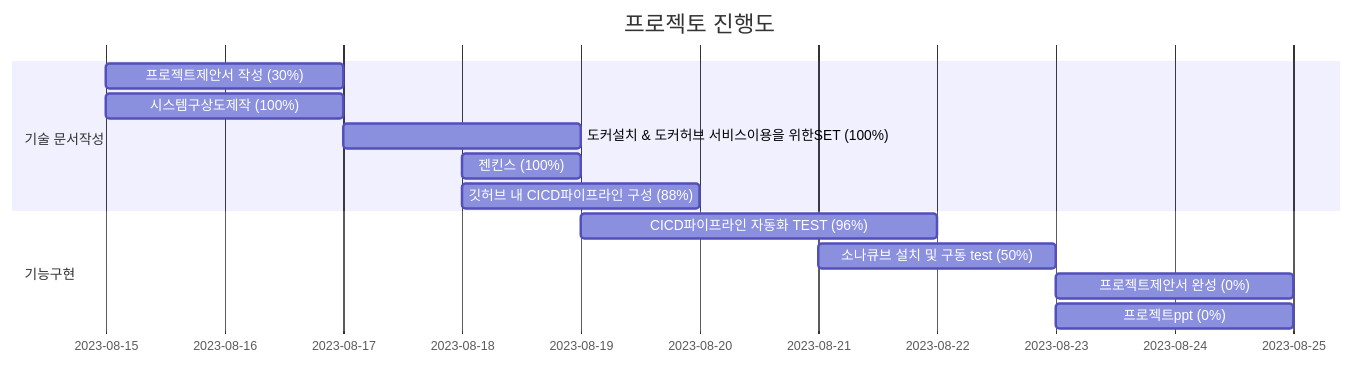
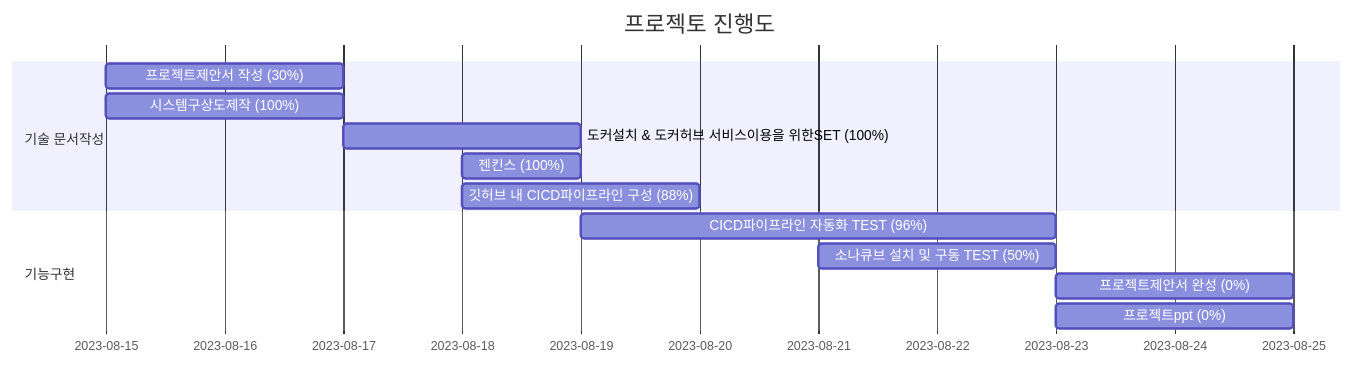
Before and after one commit to SEOMW/project: the diagram in README.md, drawn with Mermaid.

````diff
--- a/README.md
+++ b/README.md
@@ -4,17 +4,17 @@
 ```mermaid
 gantt
     title 프로젝토 진행도
     dateFormat  YYYY-MM-DD
     section 기술 문서작성
     프로젝트제안서 작성 (30%) : a1, 2023-8-15, 2d
     시스템구상도제작 (100%) : 2023-8-15, 2d
     도커설치 & 도커허브 서비스이용을 위한SET (100%) : 2023-8-17, 2d
     젠킨스 (100%) : 2023-8-18, 1d
     깃허브 내 CICD파이프라인 구성 (88%) : 2023-8-18, 2d
 
     section 기능구현
-    CICD파이프라인 자동화 TEST (96%) : 2023-8-19,  3d
-    소나큐브 설치 및 구동 test (50%) : 2023-8-21, 2d
+    CICD파이프라인 자동화 TEST (96%) : 2023-8-19,  4d
+    소나큐브 설치 및 구동 TEST (50%) : 2023-8-21, 2d
     프로젝트제안서 완성 (0%) : a1, 2023-8-23, 2d
     프로젝트ppt (0%) : a1, 2023-8-23, 2d
 ```
````
